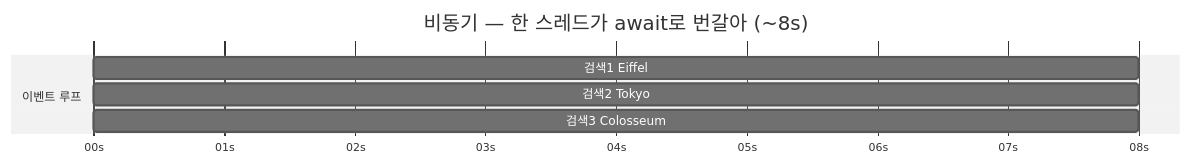
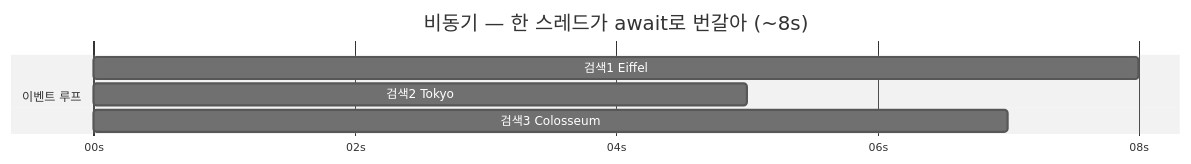
One commit to CodeCompose7/ai_service_engineering changed the ninth of 10 diagrams in docs/section3/lec02/README.md. Above: the diagram before and after it, drawn with Mermaid (neutral theme). The commit also changed other lines of this file, not shown here.

First line of the commit message:
lec02: 타이밍 gantt 수정 — 순차 겹침 버그·검색별 시간 차등

````diff
--- a/docs/section3/lec02/README.md
+++ b/docs/section3/lec02/README.md
@@ -176,10 +178,11 @@
 ```mermaid
 gantt
   title 비동기 — 한 스레드가 await로 번갈아 (~8s)
   dateFormat X
   axisFormat %Ss
+  tickInterval 2second
   section 이벤트 루프
-  검색1 Eiffel : 0, 8
-  검색2 Tokyo : 0, 8
-  검색3 Colosseum : 0, 8
+  검색1 Eiffel : t1, 0, 8s
+  검색2 Tokyo : t2, 0, 5s
+  검색3 Colosseum : t3, 0, 7s
 ```
````
